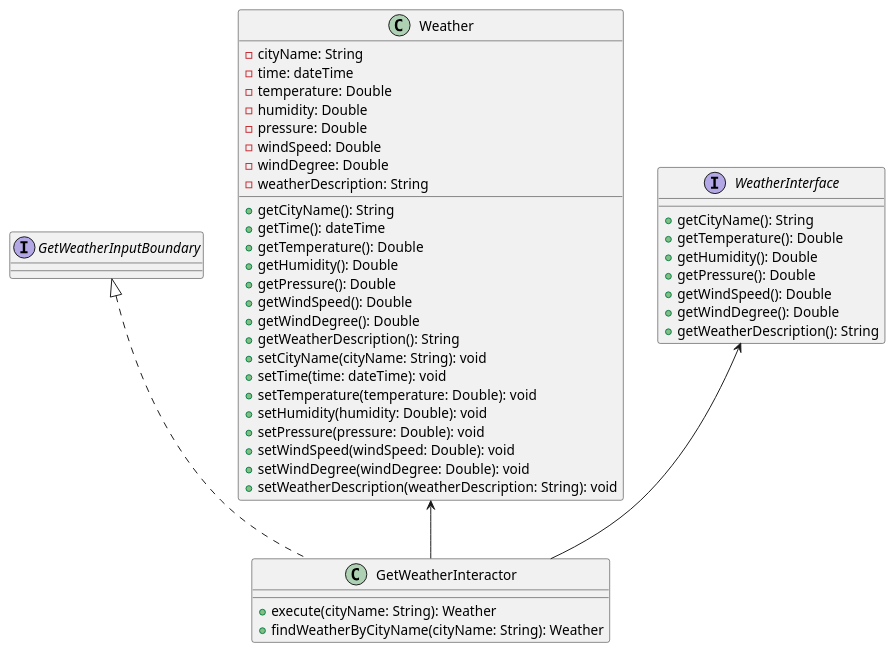
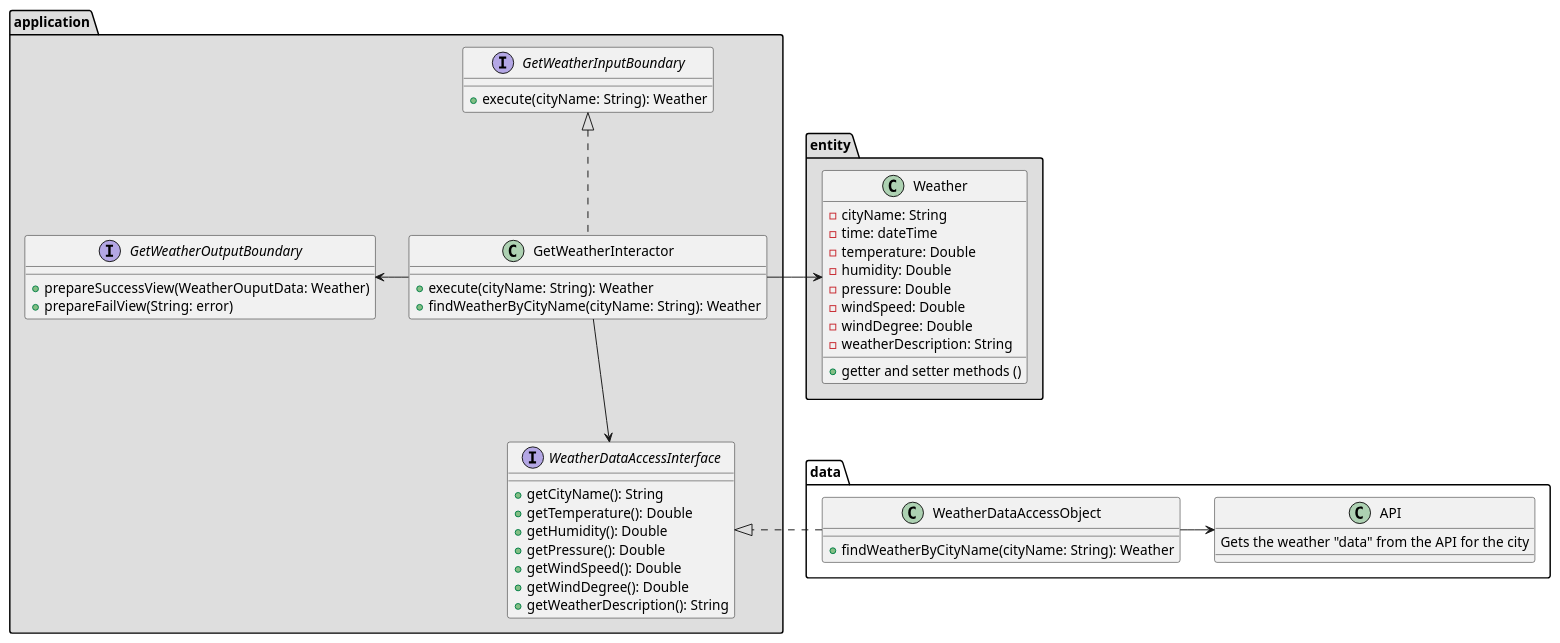
Before and after one commit to linx5o/WeatherWeaversBad: the diagram in getWeatherUseCase.puml, drawn with PlantUML. The commit also changed 2 other files, not shown here.

Commit message:
added uml graph to readme

```diff
--- a/getWeatherUseCase.puml
+++ b/getWeatherUseCase.puml
@@ -1,53 +1,75 @@
 @startuml
 'https://plantuml.com/sequence-diagram
 
-class GetWeatherInteractor implements GetWeatherInputBoundary {
-    + execute(cityName: String): Weather
-    + findWeatherByCityName(cityName: String): Weather
-}
-
-class Weather {
-    - cityName: String
-    - time: dateTime
-    - temperature: Double
-    - humidity: Double
-    - pressure: Double
-    - windSpeed: Double
-    - windDegree: Double
-    - weatherDescription: String
-
-    + getCityName(): String
-    + getTime(): dateTime
-    + getTemperature(): Double
-    + getHumidity(): Double
-    + getPressure(): Double
-    + getWindSpeed(): Double
-    + getWindDegree(): Double
-    + getWeatherDescription(): String
-    + setCityName(cityName: String): void
-    + setTime(time: dateTime): void
-    + setTemperature(temperature: Double): void
-    + setHumidity(humidity: Double): void
-    + setPressure(pressure: Double): void
-    + setWindSpeed(windSpeed: Double): void
-    + setWindDegree(windDegree: Double): void
-    + setWeatherDescription(weatherDescription: String): void
-}
-
-Weather <-- GetWeatherInteractor
-
-interface WeatherInterface {
-    + getCityName(): String
-    + getTemperature(): Double
-    + getHumidity(): Double
-    + getPressure(): Double
-    + getWindSpeed(): Double
-    + getWindDegree(): Double
-    + getWeatherDescription(): String
-}
-
-WeatherInterface <-- GetWeatherInteractor
+'Entity Layer
 
 
 
+package "entity" #dedede{
+    class Weather {
+        - cityName: String
+        - time: dateTime
+        - temperature: Double
+        - humidity: Double
+        - pressure: Double
+        - windSpeed: Double
+        - windDegree: Double
+        - weatherDescription: String
+
+        + getter and setter methods ()
+    }
+}
+
+'Application Layer
+
+package "application" #dedede{
+    class GetWeatherInteractor implements GetWeatherInputBoundary {
+        + execute(cityName: String): Weather
+        + findWeatherByCityName(cityName: String): Weather
+    }
+
+    'GetWeatherInputBoundary -u> Weather
+
+    interface WeatherDataAccessInterface {
+        + getCityName(): String
+        + getTemperature(): Double
+        + getHumidity(): Double
+        + getPressure(): Double
+        + getWindSpeed(): Double
+        + getWindDegree(): Double
+        + getWeatherDescription(): String
+    }
+
+    GetWeatherInteractor --d> WeatherDataAccessInterface
+
+    interface GetWeatherInputBoundary{
+        + execute(cityName: String): Weather
+    }
+
+    interface GetWeatherOutputBoundary {
+        + prepareSuccessView(WeatherOuputData: Weather)
+        + prepareFailView(String: error)
+    }
+
+    GetWeatherInteractor -l> GetWeatherOutputBoundary
+    'GetWeatherOutputBoundary -u> Weather
+}
+
+'data layer
+
+package "data" {
+    class WeatherDataAccessObject {
+        + findWeatherByCityName(cityName: String): Weather
+    }
+
+    class API {
+        Gets the weather "data" from the API for the city
+    }
+
+    WeatherDataAccessObject .|> WeatherDataAccessInterface
+    WeatherDataAccessObject -r> API
+}
+
+GetWeatherInteractor -r> Weather
+
 @enduml
```
